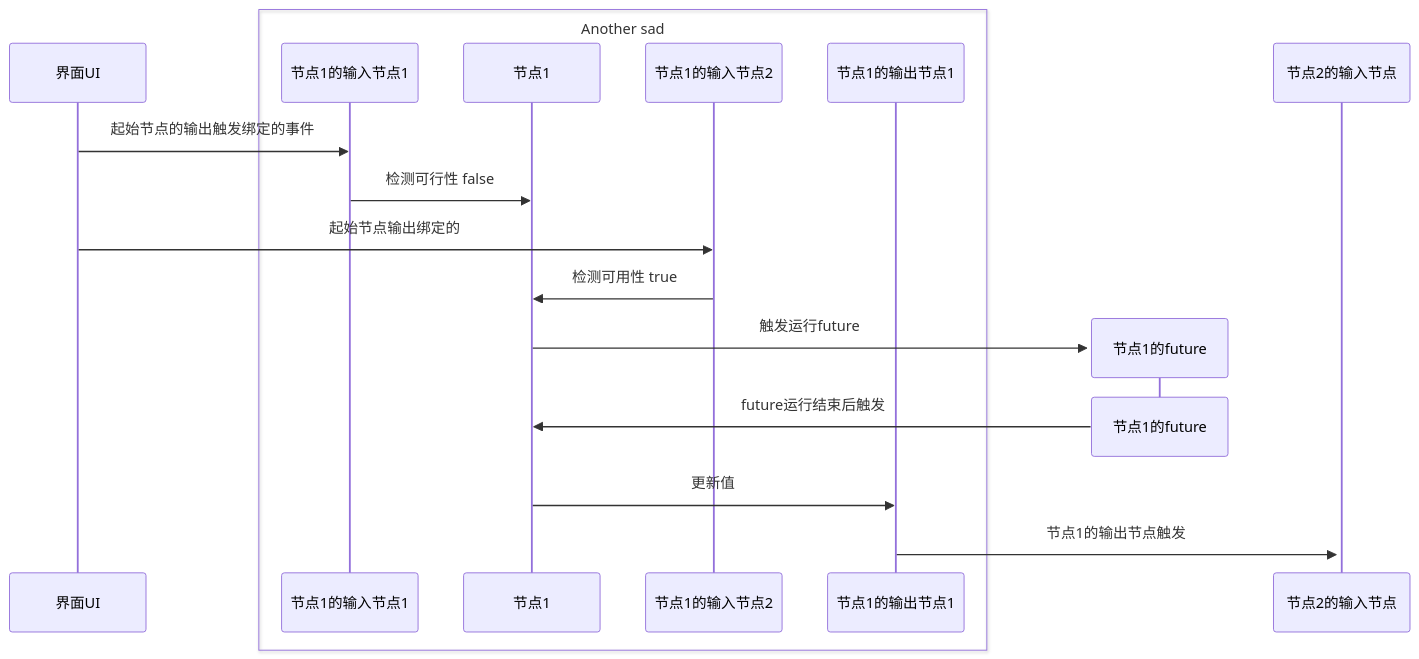
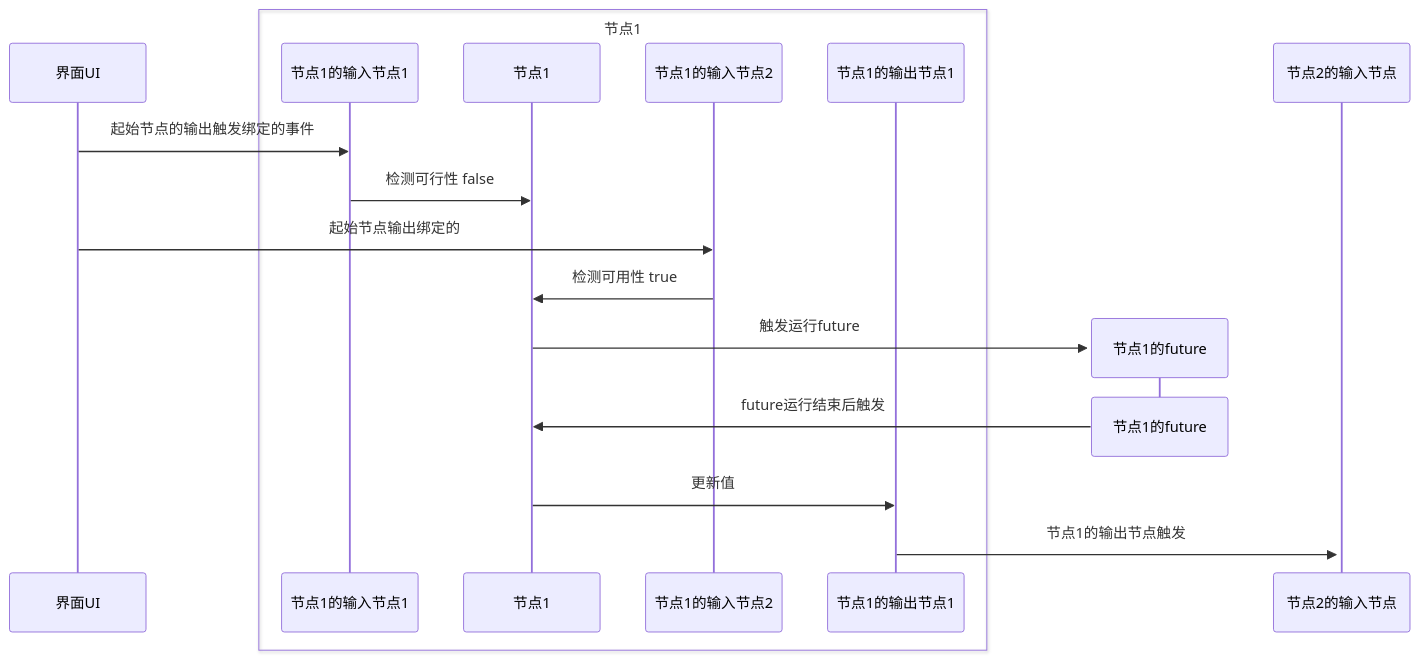
Before and after one commit to GengGode/image-node-editor: the diagram in README.md, drawn with Mermaid.

Commit message:
Update UI participant name in README.md

````diff
--- a/README.md
+++ b/README.md
@@ -62,22 +62,22 @@
 ``` mermaid
 sequenceDiagram
     participant UI as 界面UI
-    box Another sad
+    box 节点1
     participant 节点1的输入节点1
     participant 节点1
     participant 节点1的输入节点2
     participant 节点1的输出节点1
     end
     UI->>节点1的输入节点1: 起始节点的输出触发绑定的事件
     节点1的输入节点1->>节点1: 检测可行性 false
     UI->>节点1的输入节点2: 起始节点输出绑定的
     节点1的输入节点2->>节点1: 检测可用性 true
     create participant future as 节点1的future
     节点1->>future: 触发运行future
     destroy future
     future->>节点1: future运行结束后触发
     
     节点1->>节点1的输出节点1: 更新值
     节点1的输出节点1->>+节点2的输入节点: 节点1的输出节点触发
 
 ```
````
